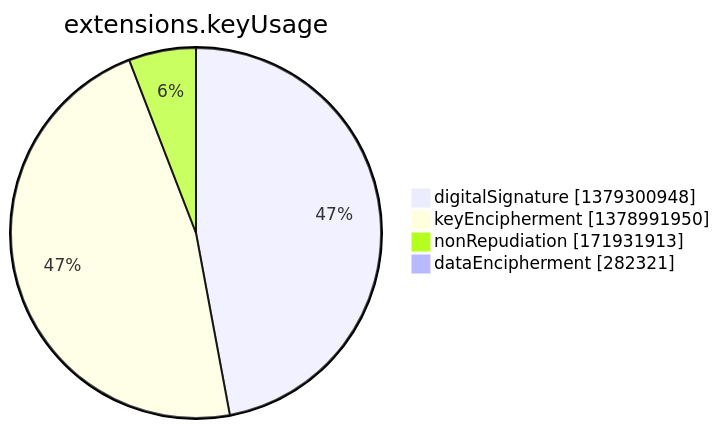
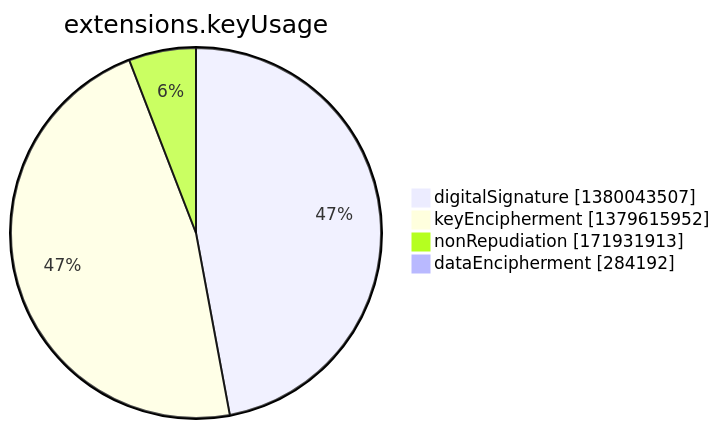
Before and after one commit to christiankrug/ctmonitor_visualization: the seventh of 15 diagrams in argon2022/README.md, drawn with Mermaid. The commit also changed other lines of this file, not shown here.

````diff
--- a/argon2022/README.md
+++ b/argon2022/README.md
@@ -2751,8 +2751,8 @@
 ```mermaid
 pie showData
 title extensions.keyUsage
-"digitalSignature" :1379300948
-"keyEncipherment" :1378991950
+"digitalSignature" :1380043507
+"keyEncipherment" :1379615952
 "nonRepudiation" :171931913
-"dataEncipherment" :282321
+"dataEncipherment" :284192
 ```
````
